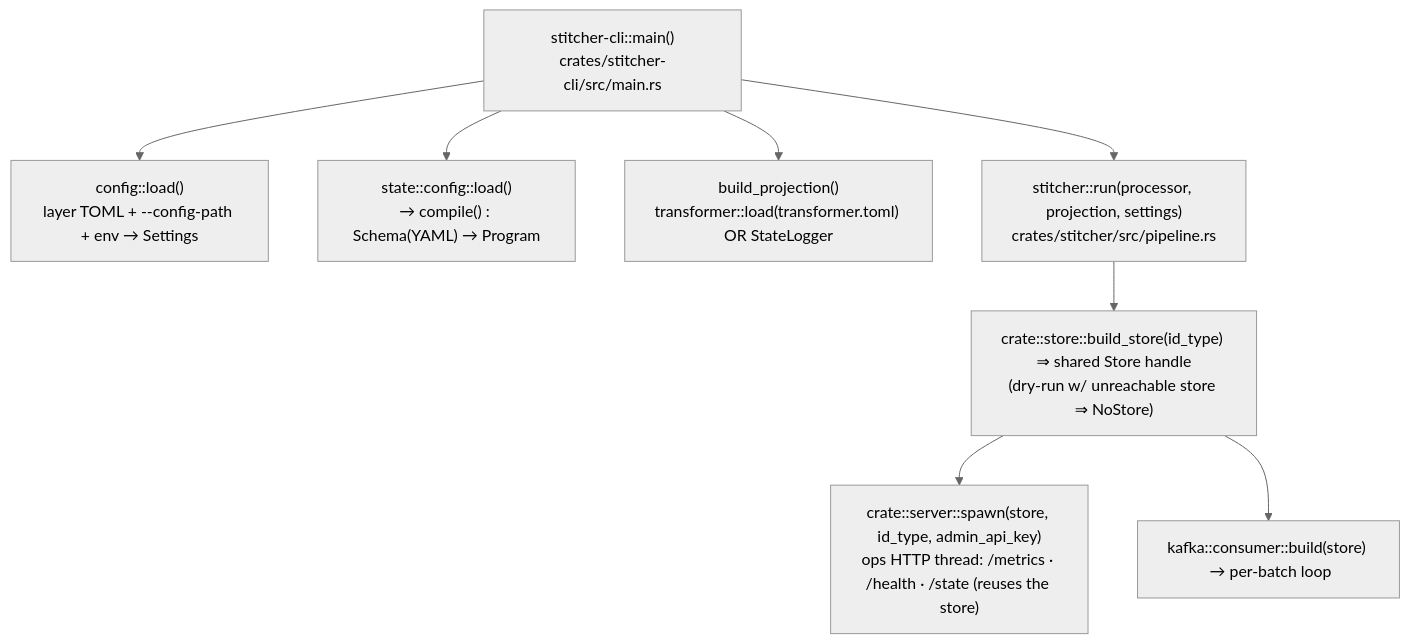
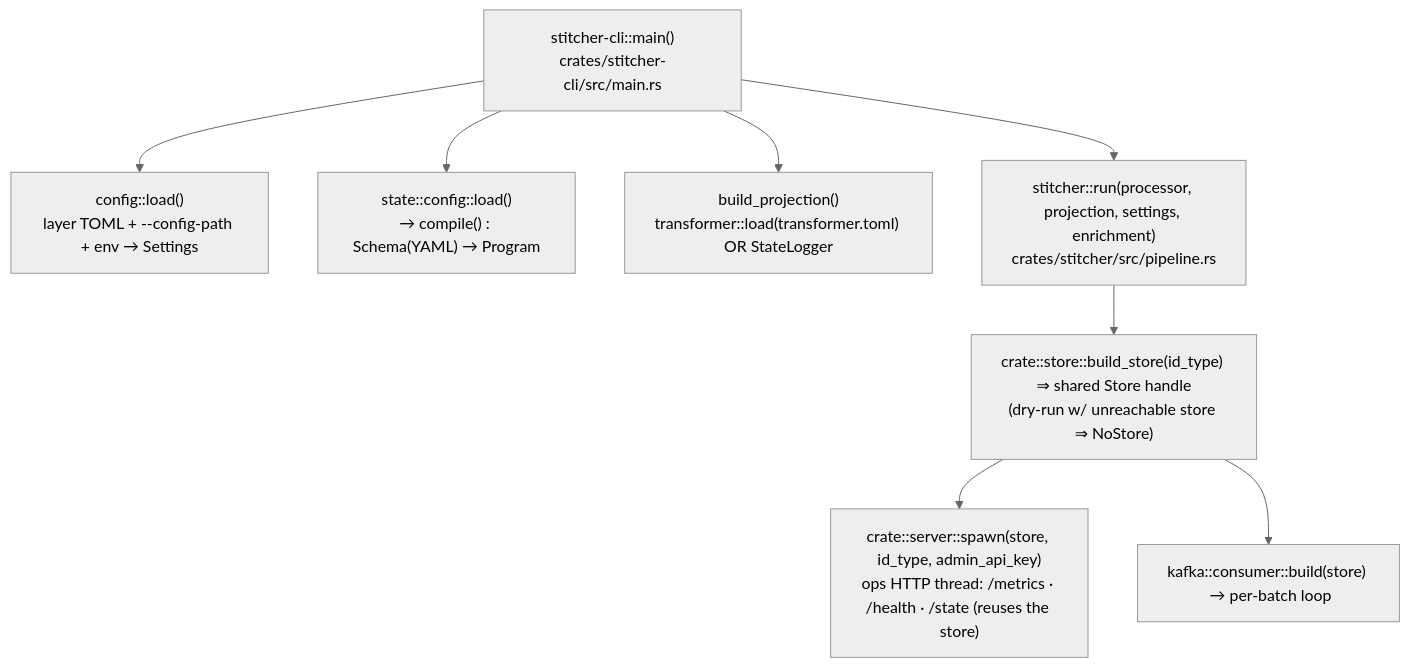
Before and after one commit to su-shivanshmathur/stitcher: the first of 5 diagrams in docs/DATA_FLOW.md, drawn with Mermaid (neutral theme). The commit also changed 5 other files, not shown here.

Commit message:
Enhance enrichment handling: integrate enrichment instance into pipeline and projection logic, ensuring consistent validation and runtime state sharing.

````diff
--- a/docs/DATA_FLOW.md
+++ b/docs/DATA_FLOW.md
@@ -10,11 +10,11 @@
 ```mermaid
 flowchart TD
   M["stitcher-cli::main()<br/>crates/stitcher-cli/src/main.rs"]
   M --> L["config::load()<br/>layer TOML + --config-path + env → Settings"]
   M --> SC["state::config::load()<br/>→ compile() : Schema(YAML) → Program"]
   M --> BP["build_projection()<br/>transformer::load(transformer.toml) OR StateLogger"]
-  M --> RUN["stitcher::run(processor, projection, settings)<br/>crates/stitcher/src/pipeline.rs"]
+  M --> RUN["stitcher::run(processor, projection, settings, enrichment)<br/>crates/stitcher/src/pipeline.rs"]
   RUN --> BLD["crate::store::build_store(id_type) ⇒ shared Store handle<br/>(dry-run w/ unreachable store ⇒ NoStore)"]
   BLD --> OPS["crate::server::spawn(store, id_type, admin_api_key)<br/>ops HTTP thread: /metrics · /health · /state (reuses the store)"]
   BLD --> CONS["kafka::consumer::build(store)  → per-batch loop"]
 ```
````
